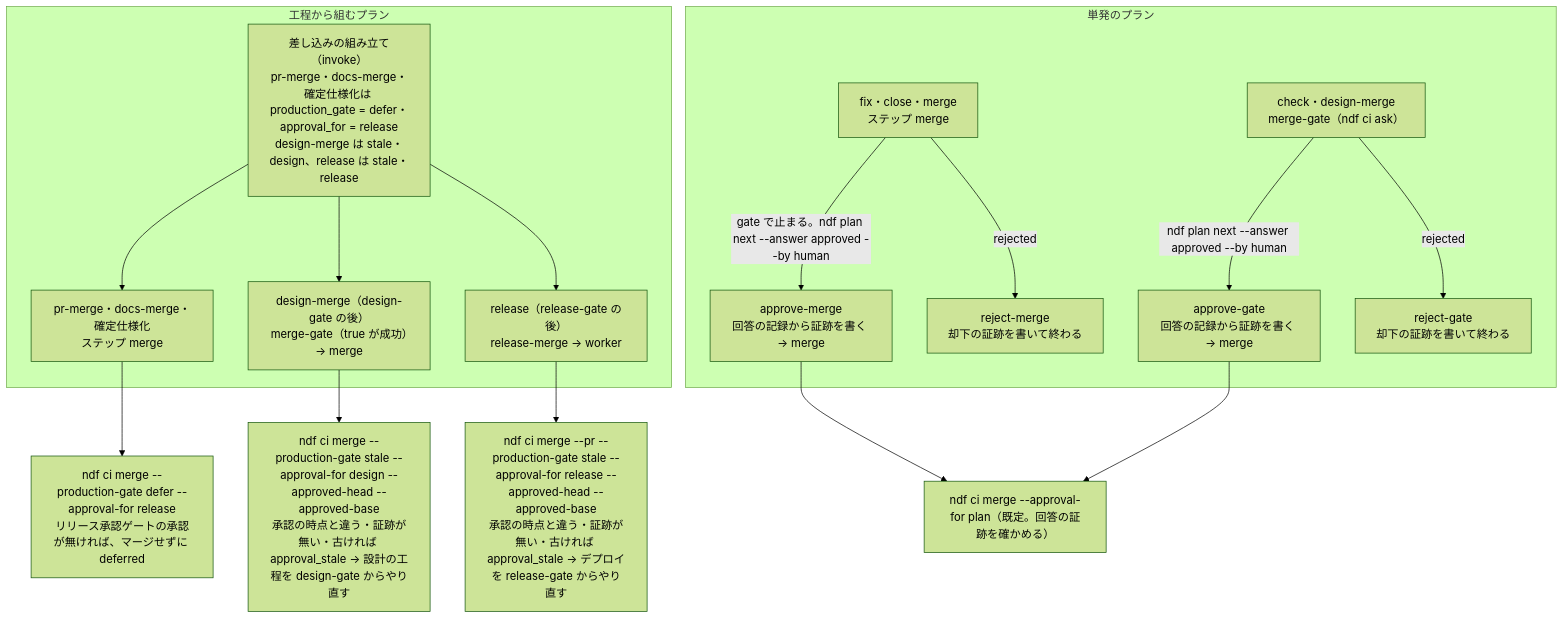
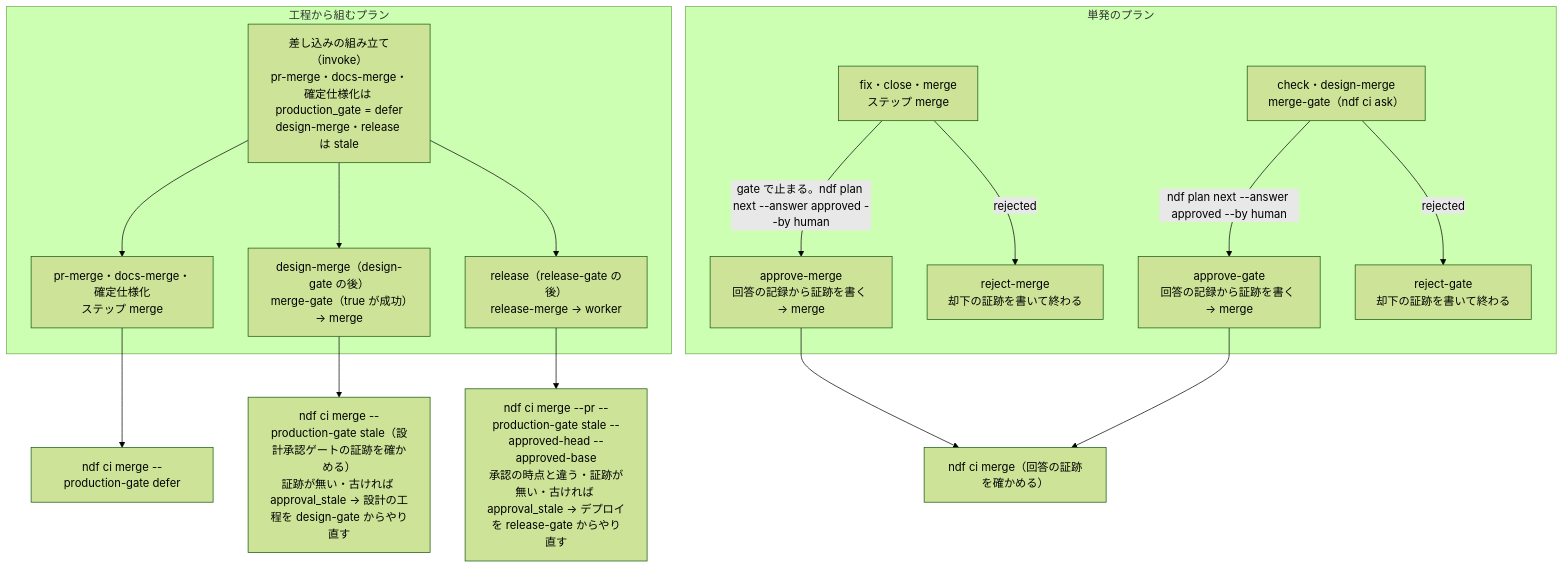
The third of 4 diagrams in issues/issue-4409-design.md (devbasex/ai-plugins), drawn with Mermaid (forest theme) before and after one commit. The commit also changed other lines of this file and 12 other files, not shown here.

````diff
--- a/issues/issue-4409-design.md
+++ b/issues/issue-4409-design.md
@@ -162,20 +161,20 @@
 ```mermaid
 graph TD
     subgraph 工程から組むプラン
-        IV["差し込みの組み立て（invoke）<br/>pr-merge・docs-merge・確定仕様化は production_gate = defer・approval_for = release<br/>design-merge は stale・design、release は stale・release"]
+        IV["差し込みの組み立て（invoke）<br/>pr-merge・docs-merge・確定仕様化は production_gate = defer<br/>design-merge・release は stale"]
         IV --> S1["pr-merge・docs-merge・確定仕様化<br/>ステップ merge"]
         IV --> S2["design-merge（design-gate の後）<br/>merge-gate（true が成功）→ merge"]
         IV --> S3["release（release-gate の後）<br/>release-merge → worker"]
     end
     subgraph 単発のプラン
         U1["fix・close・merge<br/>ステップ merge"] -->|gate で止まる。ndf plan next --answer approved --by human| U1b["approve-merge<br/>回答の記録から証跡を書く → merge"]
         U3["check・design-merge<br/>merge-gate（ndf ci ask）"] -->|ndf plan next --answer approved --by human| U3b["approve-gate<br/>回答の記録から証跡を書く → merge"]
         U1 -->|rejected| U1c["reject-merge<br/>却下の証跡を書いて終わる"]
         U3 -->|rejected| U3c["reject-gate<br/>却下の証跡を書いて終わる"]
     end
-    S1 --> CM1["ndf ci merge --production-gate defer --approval-for release<br/>リリース承認ゲートの承認が無ければ、マージせずに deferred"]
-    S2 --> CM2["ndf ci merge --production-gate stale --approval-for design --approved-head --approved-base<br/>承認の時点と違う・証跡が無い・古ければ approval_stale → 設計の工程を design-gate からやり直す"]
-    S3 --> CM3["ndf ci merge --pr --production-gate stale --approval-for release --approved-head --approved-base<br/>承認の時点と違う・証跡が無い・古ければ approval_stale → デプロイを release-gate からやり直す"]
-    U1b --> CM4["ndf ci merge --approval-for plan（既定。回答の証跡を確かめる）"]
+    S1 --> CM1["ndf ci merge --production-gate defer"]
+    S2 --> CM2["ndf ci merge --production-gate stale（設計承認ゲートの証跡を確かめる）<br/>証跡が無い・古ければ approval_stale → 設計の工程を design-gate からやり直す"]
+    S3 --> CM3["ndf ci merge --pr --production-gate stale --approved-head --approved-base<br/>承認の時点と違う・証跡が無い・古ければ approval_stale → デプロイを release-gate からやり直す"]
+    U1b --> CM4["ndf ci merge（回答の証跡を確かめる）"]
     U3b --> CM4
 ```
````
